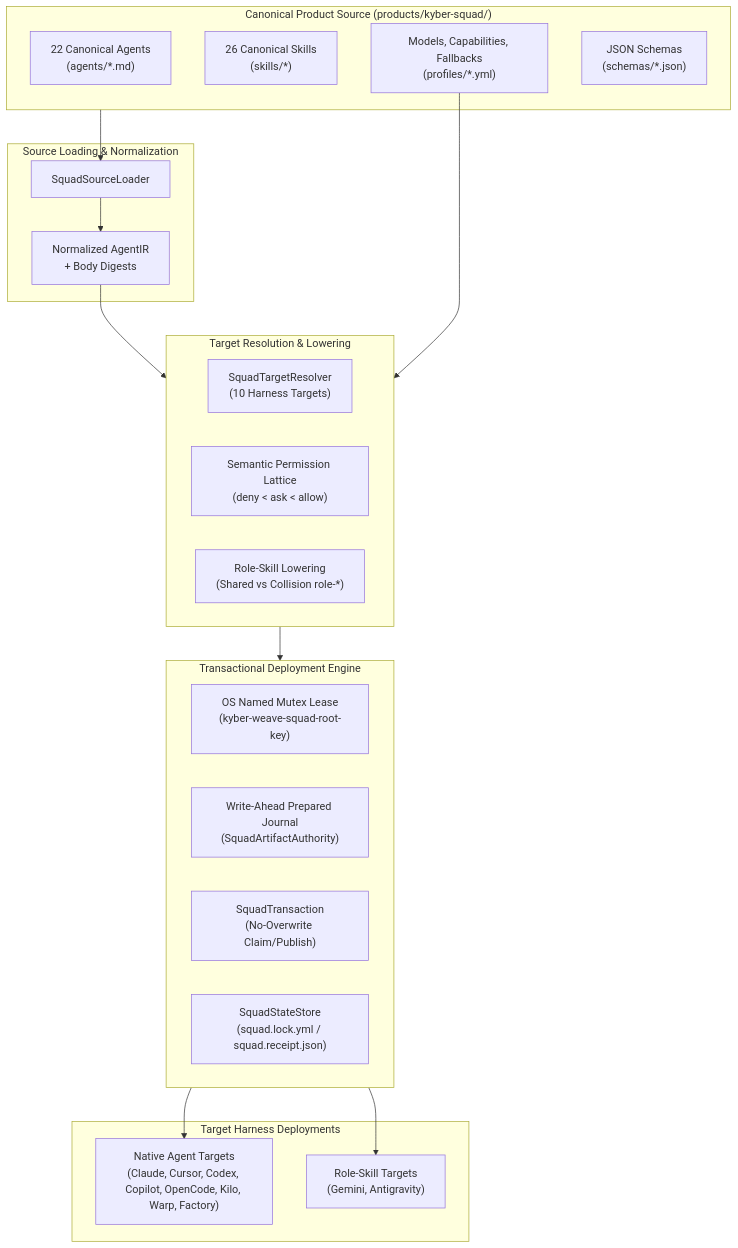
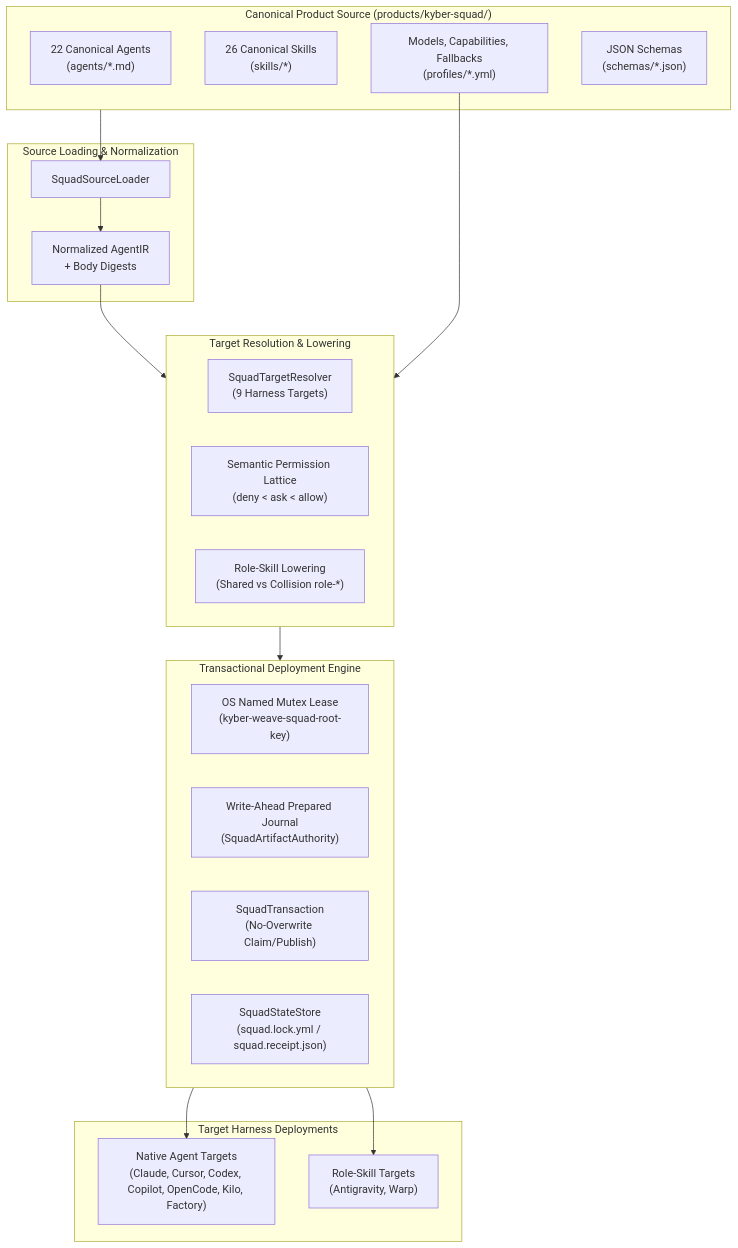
Before and after one commit to dpalfery/kyber-weave: the first of 4 diagrams in docs/kyber-squad/architecture.md, drawn with Mermaid. The commit also changed other lines of this file and 27 other files, not shown here.

First line of the commit message:
feat(squad): add Codex renderer (native, TOML agents) (#42)

````diff
--- a/docs/kyber-squad/architecture.md
+++ b/docs/kyber-squad/architecture.md
@@ -33,40 +33,40 @@
 ```mermaid
 flowchart TD
     subgraph CanonicalSource["Canonical Product Source (products/kyber-squad/)"]
         Agents["22 Canonical Agents\n(agents/*.md)"]
         Skills["26 Canonical Skills\n(skills/*)"]
         Profiles["Models, Capabilities, Fallbacks\n(profiles/*.yml)"]
         Schemas["JSON Schemas\n(schemas/*.json)"]
     end
 
     subgraph Loader["Source Loading & Normalization"]
         SquadSourceLoader["SquadSourceLoader"]
         AgentIR["Normalized AgentIR\n+ Body Digests"]
     end
 
     subgraph Compiler["Target Resolution & Lowering"]
-        SquadTargetResolver["SquadTargetResolver\n(10 Harness Targets)"]
+        SquadTargetResolver["SquadTargetResolver\n(9 Harness Targets)"]
         Lattice["Semantic Permission Lattice\n(deny < ask < allow)"]
         Lowering["Role-Skill Lowering\n(Shared vs Collision role-*)"]
     end
 
     subgraph DeploymentEngine["Transactional Deployment Engine"]
         Mutex["OS Named Mutex Lease\n(kyber-weave-squad-root-key)"]
         Journal["Write-Ahead Prepared Journal\n(SquadArtifactAuthority)"]
         Transaction["SquadTransaction\n(No-Overwrite Claim/Publish)"]
         StateStore["SquadStateStore\n(squad.lock.yml / squad.receipt.json)"]
     end
 
     subgraph TargetHarnesses["Target Harness Deployments"]
-        NativeTargets["Native Agent Targets\n(Claude, Cursor, Codex, Copilot, OpenCode, Kilo, Warp, Factory)"]
-        FallbackTargets["Role-Skill Targets\n(Gemini, Antigravity)"]
+        NativeTargets["Native Agent Targets\n(Claude, Cursor, Codex, Copilot, OpenCode, Kilo, Factory)"]
+        FallbackTargets["Role-Skill Targets\n(Antigravity, Warp)"]
     end
 
     CanonicalSource --> SquadSourceLoader
     SquadSourceLoader --> AgentIR
     AgentIR --> Compiler
     Profiles --> Compiler
     Compiler --> DeploymentEngine
     DeploymentEngine --> NativeTargets
     DeploymentEngine --> FallbackTargets
 ```
````
